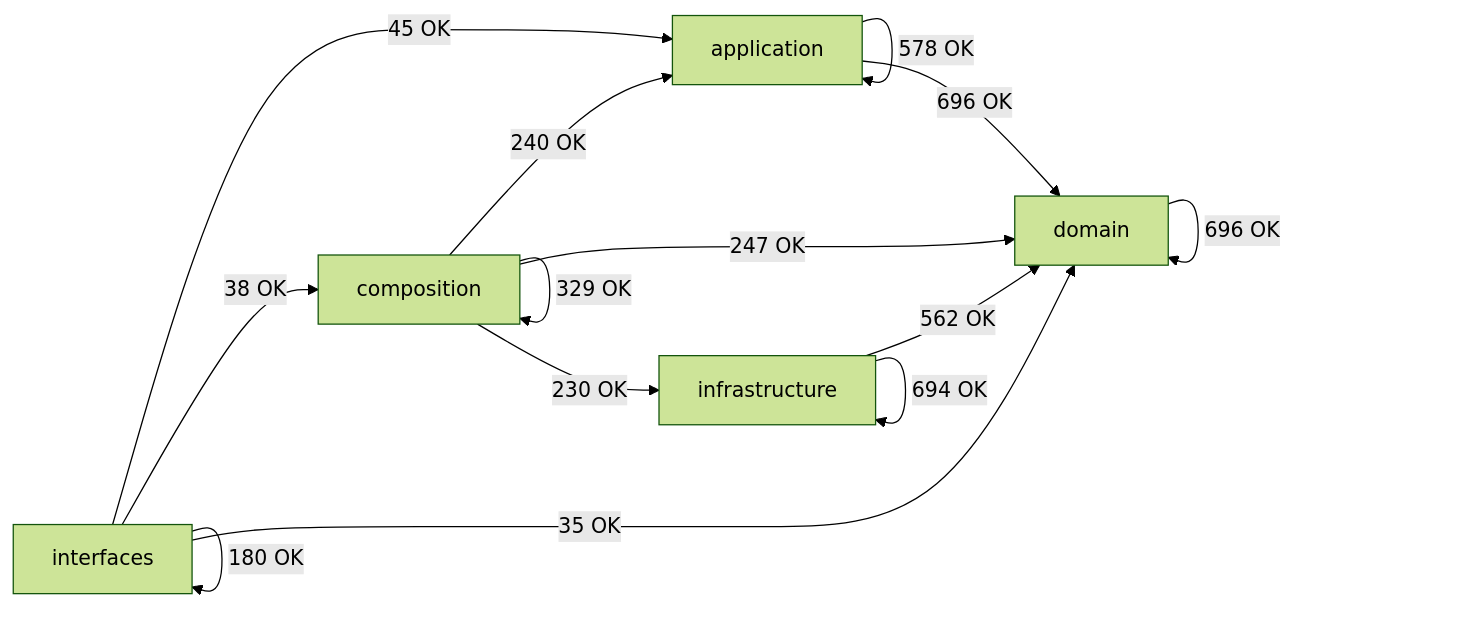
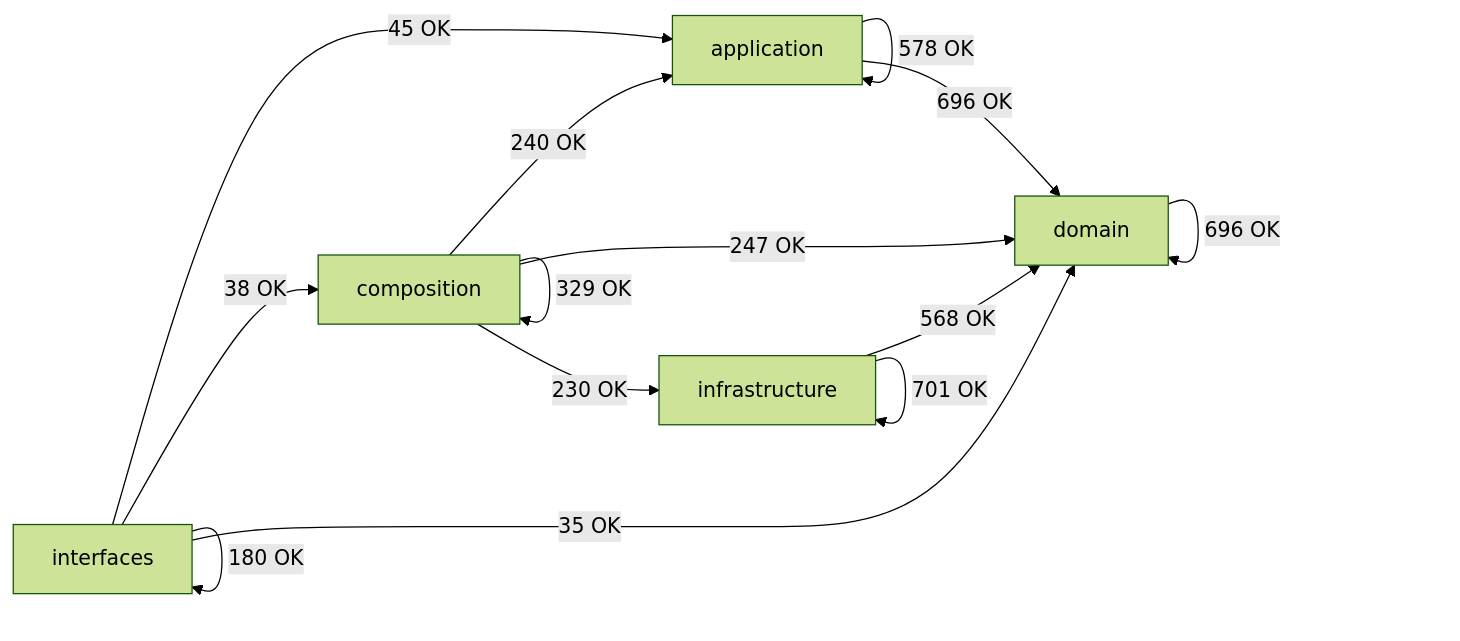
The diagram in docs/02-architecture/generated/module-dependency-map.md (SatoryKono/BioactivityDataAcquisition), drawn with Mermaid (forest theme) before and after one commit. The commit also changed other lines of this file and 31 other files, not shown here.

````diff
--- a/docs/02-architecture/generated/module-dependency-map.md
+++ b/docs/02-architecture/generated/module-dependency-map.md
@@ -16,21 +16,21 @@
 ```mermaid
 flowchart LR
     domain[domain]
     application[application]
     infrastructure[infrastructure]
     composition[composition]
     interfaces[interfaces]
     application -->|578 OK| application
     application -->|696 OK| domain
     composition -->|240 OK| application
     composition -->|329 OK| composition
     composition -->|247 OK| domain
     composition -->|230 OK| infrastructure
     domain -->|696 OK| domain
-    infrastructure -->|562 OK| domain
-    infrastructure -->|694 OK| infrastructure
+    infrastructure -->|568 OK| domain
+    infrastructure -->|701 OK| infrastructure
     interfaces -->|45 OK| application
     interfaces -->|38 OK| composition
     interfaces -->|35 OK| domain
     interfaces -->|180 OK| interfaces
 ```
````
